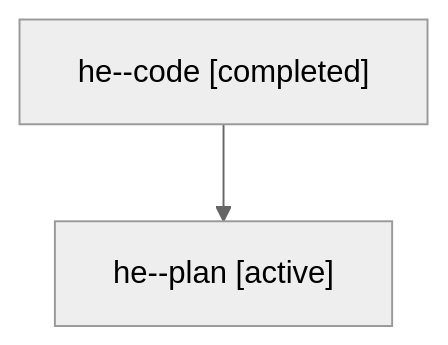
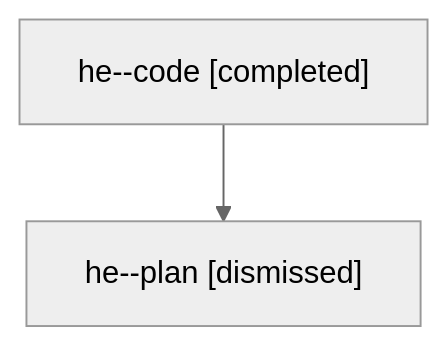
Before and after one commit to sase-org/sase--agents: the diagram in sessions/bbugyi200.athena.he.md, drawn with Mermaid (neutral theme). The commit also changed other lines of this file and 37 other files, not shown here.

````diff
--- a/sessions/bbugyi200.athena.he.md
+++ b/sessions/bbugyi200.athena.he.md
@@ -9,6 +9,6 @@
 ```mermaid
 flowchart TD
   n0["he--code [completed]"]
-  n1["he--plan [active]"]
+  n1["he--plan [dismissed]"]
   n0 --> n1
 ```
````
